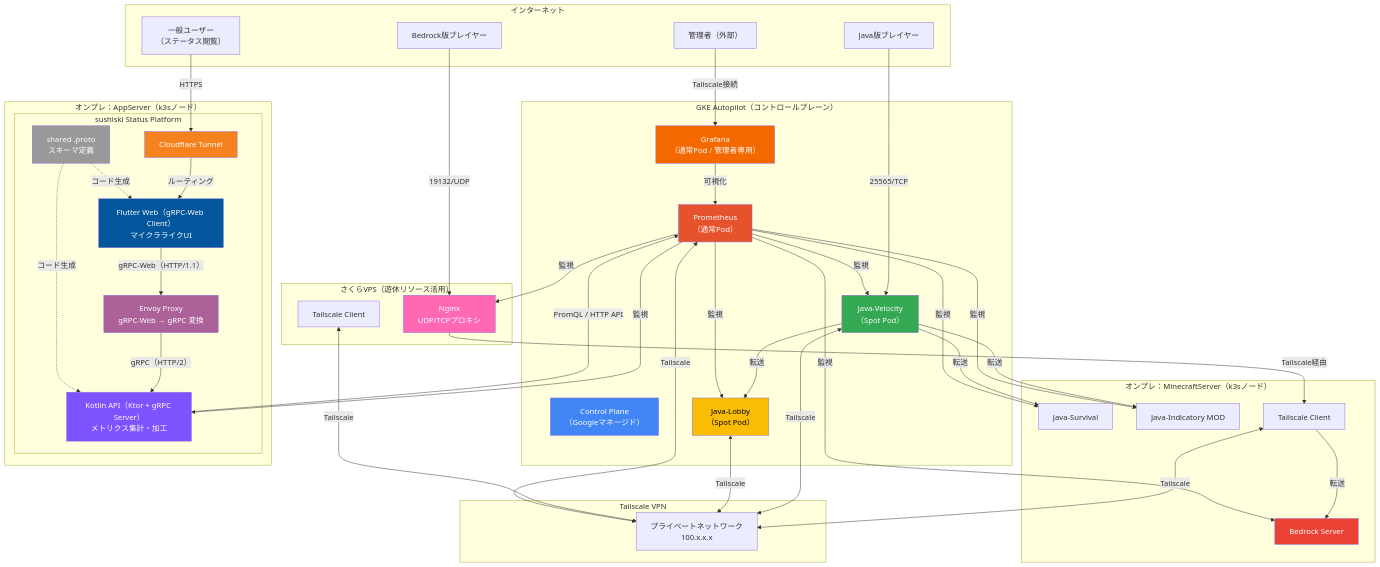
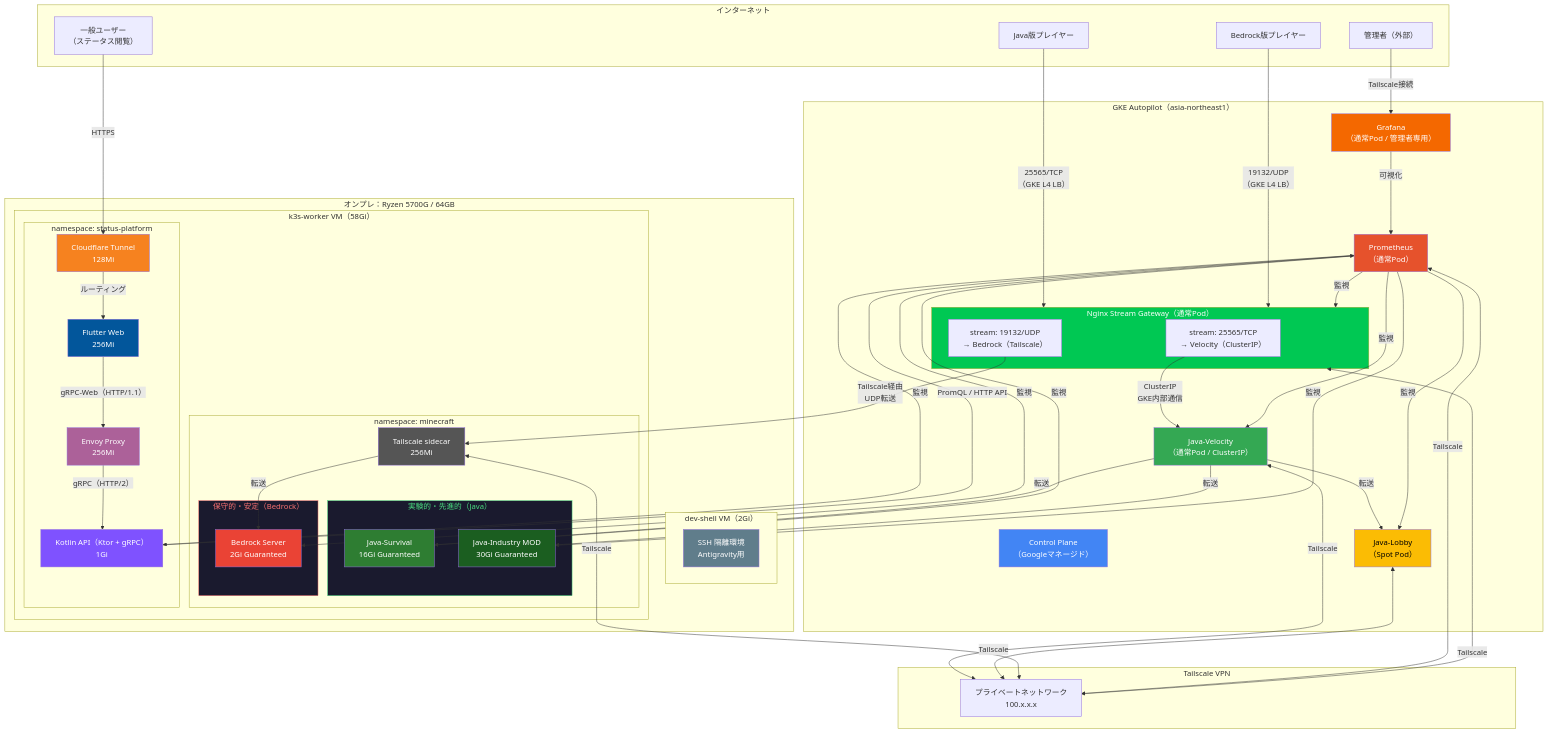
One commit to Tagomori0211/Minecraft-on-Kubenates changed the second of 3 diagrams in README.md. Above: the diagram before and after it, drawn with Mermaid. The commit also changed other lines of this file, not shown here.

Commit message:
docs: Update README for final architecture and single-node setup

````diff
--- a/README.md
+++ b/README.md
@@ -53,14 +53,15 @@
         User["一般ユーザー<br/>（ステータス閲覧）"]
     end
 
-    subgraph Sakura["さくらVPS（遊休リソース活用）"]
-        Nginx_Sakura["Nginx<br/>UDP/TCPプロキシ"]
-        TS_Sakura["Tailscale Client"]
-    end
+    subgraph GKE["GKE Autopilot（asia-northeast1）"]
+        CP["Control Plane<br/>（Googleマネージド）"]
 
-    subgraph GKE["GKE Autopilot（コントロールプレーン）"]
-        CP["Control Plane<br/>（Googleマネージド）"]
-        Velocity["Java-Velocity<br/>（Spot Pod）"]
+        subgraph GW["Nginx Stream Gateway（通常Pod）"]
+            Nginx_TCP["stream: 25565/TCP<br/>→ Velocity（ClusterIP）"]
+            Nginx_UDP["stream: 19132/UDP<br/>→ Bedrock（Tailscale）"]
+        end
+
+        Velocity["Java-Velocity<br/>（通常Pod / ClusterIP）"]
         Lobby["Java-Lobby<br/>（Spot Pod）"]
         Prometheus["Prometheus<br/>（通常Pod）"]
         Grafana["Grafana<br/>（通常Pod / 管理者専用）"]
@@ -70,69 +71,87 @@
         TS_Network["プライベートネットワーク<br/>100.x.x.x"]
     end
 
-    subgraph MinecraftServer["オンプレ：MinecraftServer（k3sノード）"]
-        Java_Survival["Java-Survival"]
-        Java_Mod["Java-Indicatory MOD"]
-        Bedrock_Server["Bedrock Server"]
-        TS_Router_Sub["Tailscale Client"]
-    end
+    subgraph Onprem["オンプレ：Ryzen 5700G / 64GB"]
+        subgraph DevShell["dev-shell VM（2Gi）"]
+            SSH["SSH 隔離環境<br/>Antigravity用"]
+        end
 
-    subgraph AppServer["オンプレ：AppServer（k3sノード）"]
-        subgraph StatusPlatform["sushiski Status Platform"]
-            Kotlin_API["Kotlin API（Ktor + gRPC Server）<br/>メトリクス集計・加工"]
-            Flutter_Web["Flutter Web（gRPC-Web Client）<br/>マイクラライクUI"]
-            Envoy["Envoy Proxy<br/>gRPC-Web → gRPC 変換"]
-            Proto["shared .proto<br/>スキーマ定義"]
-            CF_Tunnel["Cloudflare Tunnel"]
+        subgraph Worker["k3s-worker VM（58Gi）"]
+            subgraph NS_MC["namespace: minecraft"]
+                subgraph Experimental["実験的・先進的（Java）"]
+                    Java_Survival["Java-Survival<br/>16Gi Guaranteed"]
+                    Java_Industry["Java-Industry MOD<br/>30Gi Guaranteed"]
+                end
+                subgraph Conservative["保守的・安定（Bedrock）"]
+                    Bedrock_Server["Bedrock Server<br/>2Gi Guaranteed"]
+                end
+                TS_Sidecar["Tailscale sidecar<br/>256Mi"]
+            end
+
+            subgraph NS_SP["namespace: status-platform"]
+                Kotlin_API["Kotlin API（Ktor + gRPC）<br/>1Gi"]
+                Flutter_Web["Flutter Web<br/>256Mi"]
+                Envoy["Envoy Proxy<br/>256Mi"]
+                CF_Tunnel["Cloudflare Tunnel<br/>128Mi"]
+            end
         end
     end
 
-    Player_Java -->|25565/TCP| Velocity
-    Player_Bedrock -->|19132/UDP| Nginx_Sakura
+    %% --- プレイヤー接続 ---
+    Player_Java -->|"25565/TCP<br/>（GKE L4 LB）"| GW
+    Player_Bedrock -->|"19132/UDP<br/>（GKE L4 LB）"| GW
+
+    Nginx_TCP -->|"ClusterIP<br/>GKE内部通信"| Velocity
+    Nginx_UDP -->|"Tailscale経由<br/>UDP転送"| TS_Sidecar
+    TS_Sidecar -->|転送| Bedrock_Server
+
     Admin -->|Tailscale接続| Grafana
     User -->|HTTPS| CF_Tunnel
 
+    %% --- Status Platform ---
     CF_Tunnel -->|ルーティング| Flutter_Web
-    Flutter_Web -->|gRPC-Web（HTTP/1.1）| Envoy
-    Envoy -->|gRPC（HTTP/2）| Kotlin_API
+    Flutter_Web -->|"gRPC-Web（HTTP/1.1）"| Envoy
+    Envoy -->|"gRPC（HTTP/2）"| Kotlin_API
     Kotlin_API -->|PromQL / HTTP API| Prometheus
 
-    Proto -.->|コード生成| Kotlin_API
-    Proto -.->|コード生成| Flutter_Web
-
-    Nginx_Sakura -->|Tailscale経由| TS_Router_Sub
-    TS_Router_Sub -->|転送| Bedrock_Server
-
+    %% --- Tailscale メッシュ ---
     Velocity <-->|Tailscale| TS_Network
     Lobby <-->|Tailscale| TS_Network
-    TS_Sakura <-->|Tailscale| TS_Network
-    TS_Router_Sub <-->|Tailscale| TS_Network
+    GW <-->|Tailscale| TS_Network
+    TS_Sidecar <-->|Tailscale| TS_Network
     Prometheus <-->|Tailscale| TS_Network
 
+    %% --- Java サーバー転送 ---
     Velocity -->|転送| Lobby
     Velocity -->|転送| Java_Survival
-    Velocity -->|転送| Java_Mod
+    Velocity -->|転送| Java_Industry
 
+    %% --- 監視 ---
+    Prometheus -->|監視| GW
     Prometheus -->|監視| Velocity
     Prometheus -->|監視| Lobby
     Prometheus -->|監視| Java_Survival
-    Prometheus -->|監視| Java_Mod
+    Prometheus -->|監視| Java_Industry
     Prometheus -->|監視| Bedrock_Server
-    Prometheus -->|監視| Nginx_Sakura
     Prometheus -->|監視| Kotlin_API
 
     Grafana -->|可視化| Prometheus
 
-    style Nginx_Sakura fill:#ff69b4,color:#fff
     style CP fill:#4285f4,color:#fff
+    style GW fill:#00C853,color:#fff
     style Velocity fill:#34a853,color:#fff
     style Lobby fill:#fbbc04,color:#000
     style Bedrock_Server fill:#ea4335,color:#fff
+    style Java_Survival fill:#2E7D32,color:#fff
+    style Java_Industry fill:#1B5E20,color:#fff
     style Prometheus fill:#e6522c,color:#fff
     style Grafana fill:#f46800,color:#fff
     style Kotlin_API fill:#7F52FF,color:#fff
     style Flutter_Web fill:#02569B,color:#fff
     style CF_Tunnel fill:#F6821F,color:#fff
     style Envoy fill:#AC6199,color:#fff
-    style Proto fill:#999,color:#fff
+    style SSH fill:#607D8B,color:#fff
+    style TS_Sidecar fill:#555,color:#fff
+    style Experimental fill:#1a1a2e,color:#4ade80,stroke:#4ade80
+    style Conservative fill:#1a1a2e,color:#f87171,stroke:#f87171
 ```
````
